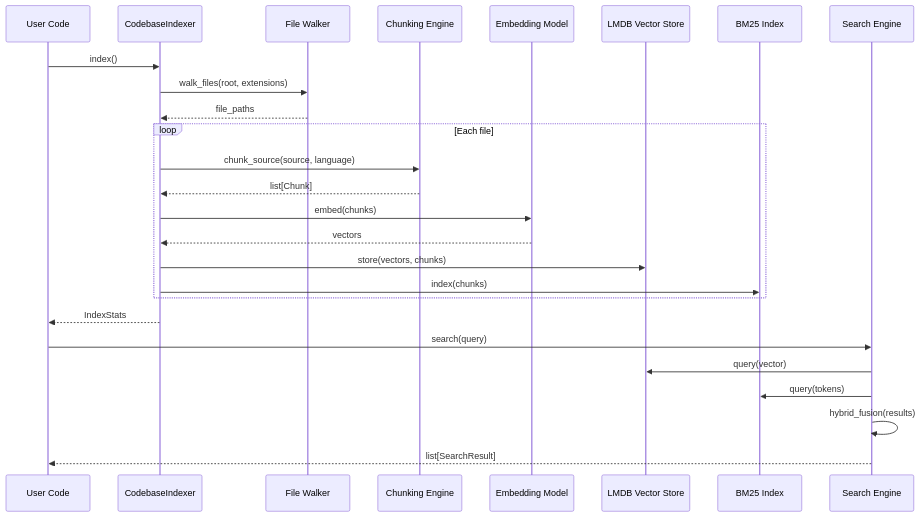
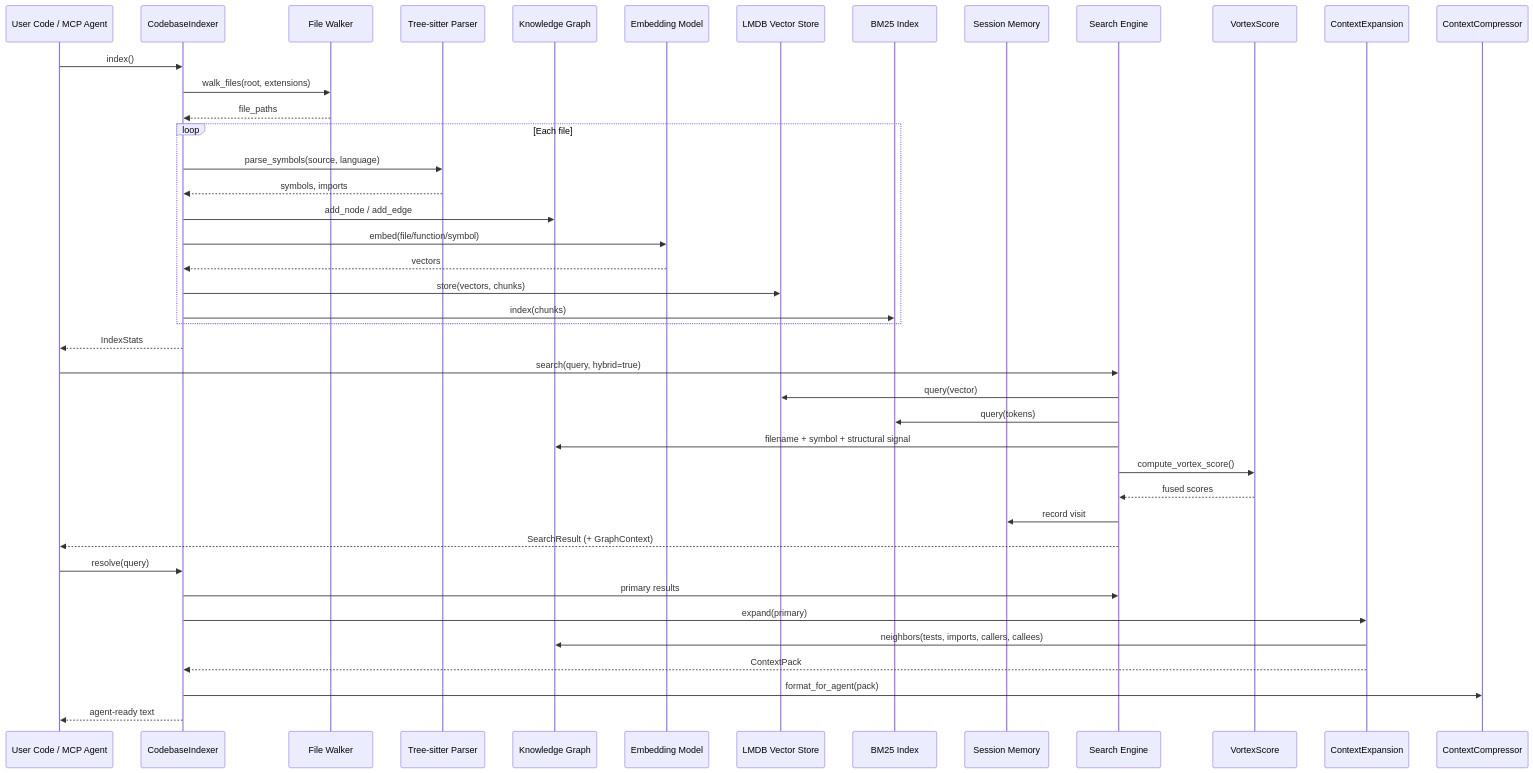
The first of 3 diagrams in README.md (OEvortex/vortexa), drawn with Mermaid before and after one commit. The commit also changed other lines of this file and 30 other files, not shown here.

````diff
--- a/README.md
+++ b/README.md
@@ -384,30 +495,44 @@
 ```mermaid
 sequenceDiagram
-    participant User as User Code
+    participant User as User Code / MCP Agent
     participant Indexer as CodebaseIndexer
     participant Walker as File Walker
-    participant Chunker as Chunking Engine
+    participant Parser as Tree-sitter Parser
+    participant Graph as Knowledge Graph
     participant Embedder as Embedding Model
     participant Store as LMDB Vector Store
     participant BM25 as BM25 Index
+    participant Session as Session Memory
     participant Search as Search Engine
 
     User->>Indexer: index()
     Indexer->>Walker: walk_files(root, extensions)
     Walker-->>Indexer: file_paths
     loop Each file
-        Indexer->>Chunker: chunk_source(source, language)
-        Chunker-->>Indexer: list[Chunk]
-        Indexer->>Embedder: embed(chunks)
+        Indexer->>Parser: parse_symbols(source, language)
+        Parser-->>Indexer: symbols, imports
+        Indexer->>Graph: add_node / add_edge
+        Indexer->>Embedder: embed(file/function/symbol)
         Embedder-->>Indexer: vectors
         Indexer->>Store: store(vectors, chunks)
         Indexer->>BM25: index(chunks)
     end
     Indexer-->>User: IndexStats
 
-    User->>Search: search(query)
+    User->>Search: search(query, hybrid=true)
     Search->>Store: query(vector)
     Search->>BM25: query(tokens)
-    Search->>Search: hybrid_fusion(results)
-    Search-->>User: list[SearchResult]
+    Search->>Graph: filename + symbol + structural signal
+    Search->>VortexScore: compute_vortex_score()
+    VortexScore-->>Search: fused scores
+    Search->>Session: record visit
+    Search-->>User: SearchResult (+ GraphContext)
+
+    User->>Indexer: resolve(query)
+    Indexer->>Search: primary results
+    Indexer->>ContextExpansion: expand(primary)
+    ContextExpansion->>Graph: neighbors(tests, imports, callers, callees)
+    ContextExpansion-->>Indexer: ContextPack
+    Indexer->>ContextCompressor: format_for_agent(pack)
+    Indexer-->>User: agent-ready text
 ```
````
